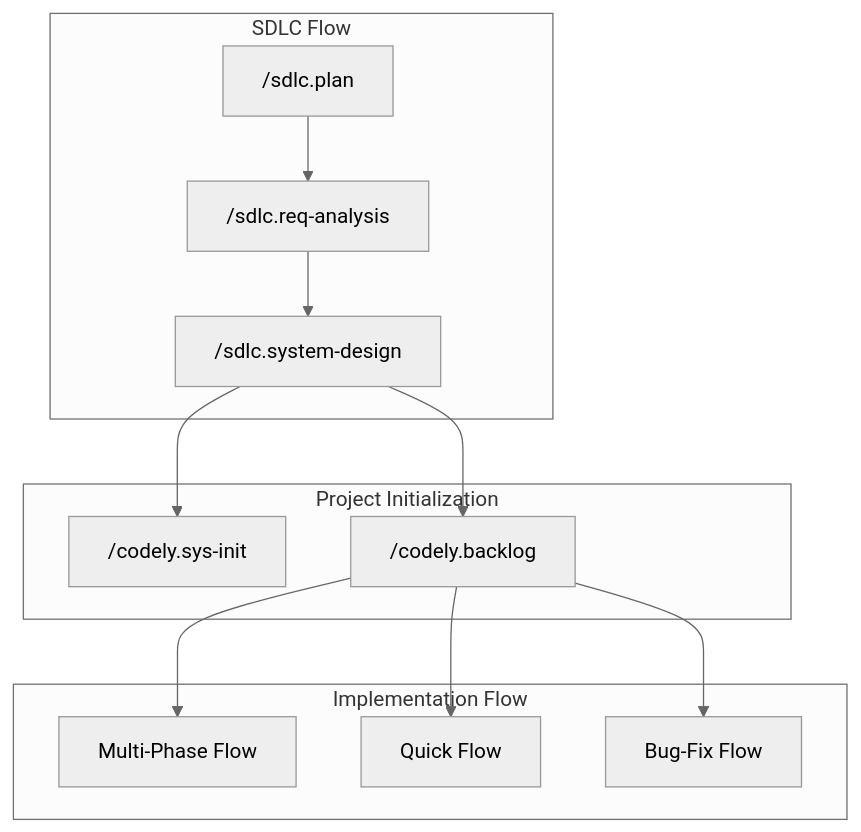
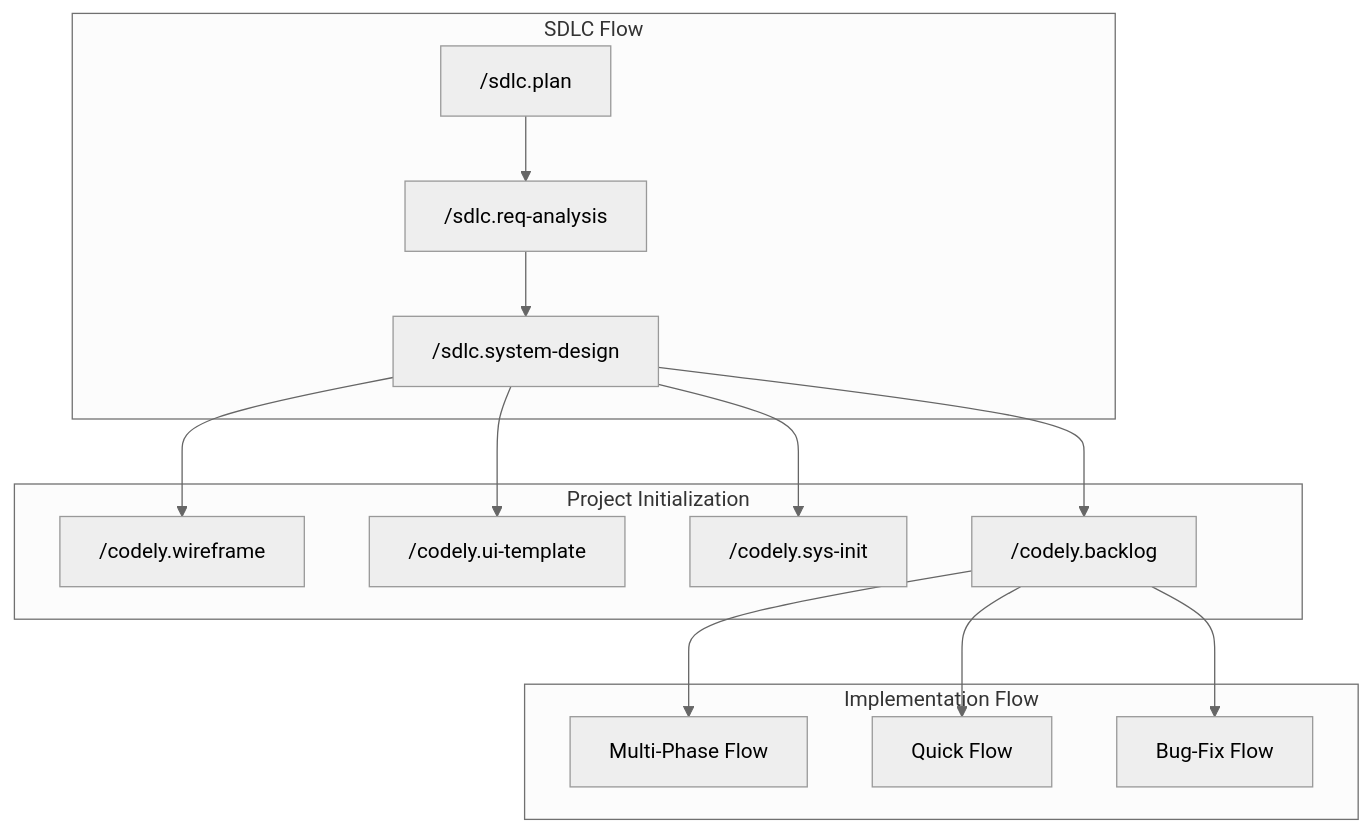
One commit to Mostafa-Elmoghazi/codely.sdd changed the diagram in README.md. Above: the diagram before and after it, drawn with Mermaid (neutral theme). The commit also changed other lines of this file and 7 other files, not shown here.

First line of the commit message:
Add codely.wireframe and codely.ui-template commands

````diff
--- a/README.md
+++ b/README.md
@@ -9,20 +9,24 @@
 ```mermaid
 flowchart TD
     subgraph SDLC["SDLC Flow"]
         Plan["/sdlc.plan"] --> ReqAnalysis["/sdlc.req-analysis"] --> SysDesign["/sdlc.system-design"]
     end
     subgraph Bridge["Project Initialization"]
+        Wireframe["/codely.wireframe"]
+        UITemplate["/codely.ui-template"]
         SysInit["/codely.sys-init"]
         Backlog["/codely.backlog"]
     end
     subgraph Impl["Implementation Flow"]
         MultiPhase["Multi-Phase Flow"]
         Quick["Quick Flow"]
         BugFix["Bug-Fix Flow"]
     end
+    SysDesign --> Wireframe
+    SysDesign --> UITemplate
     SysDesign --> SysInit
     SysDesign --> Backlog
     Backlog --> MultiPhase
     Backlog --> Quick
     Backlog --> BugFix
 ```
````
